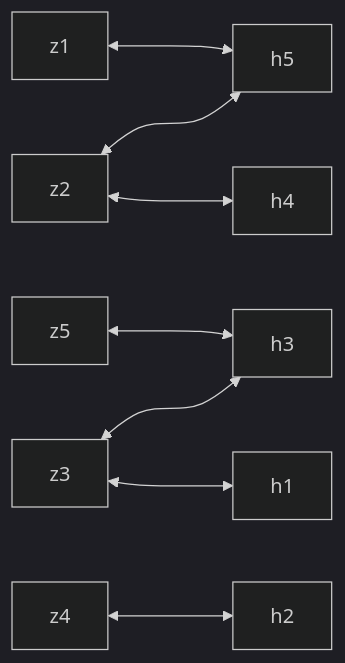
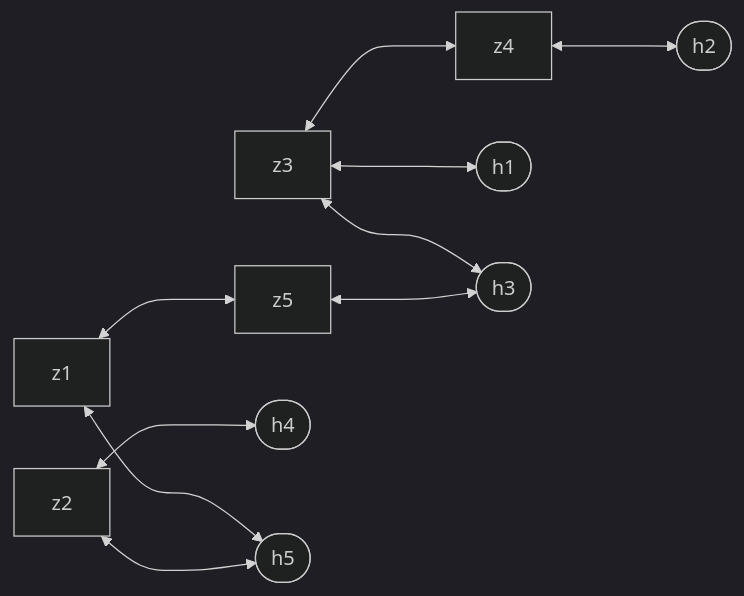
Before and after one commit to danielbdias/ptb-abstraction-experimentation: the diagram in experiments/intervalanalysis/domains/HVAC/topology.md, drawn with Mermaid (dark theme). The commit also changed 23 other files, not shown here.

````diff
--- a/experiments/intervalanalysis/domains/HVAC/topology.md
+++ b/experiments/intervalanalysis/domains/HVAC/topology.md
@@ -1,21 +1,24 @@
 ```mermaid
 graph LR
     z1
     z2
     z3
     z4
     z5
-    h1
-    h2
-    h3
-    h4
-    h5
+    h1([h1])
+    h2([h2])
+    h3([h3])
+    h4([h4])
+    h5([h5])
 
     z5 <---> h3
     z3 <---> h3
     z3 <---> h1
     z4 <---> h2
     z2 <---> h5
     z2 <---> h4
     z1 <---> h5
+
+    z3 <---> z4
+    z1 <---> z5
 ```
````
